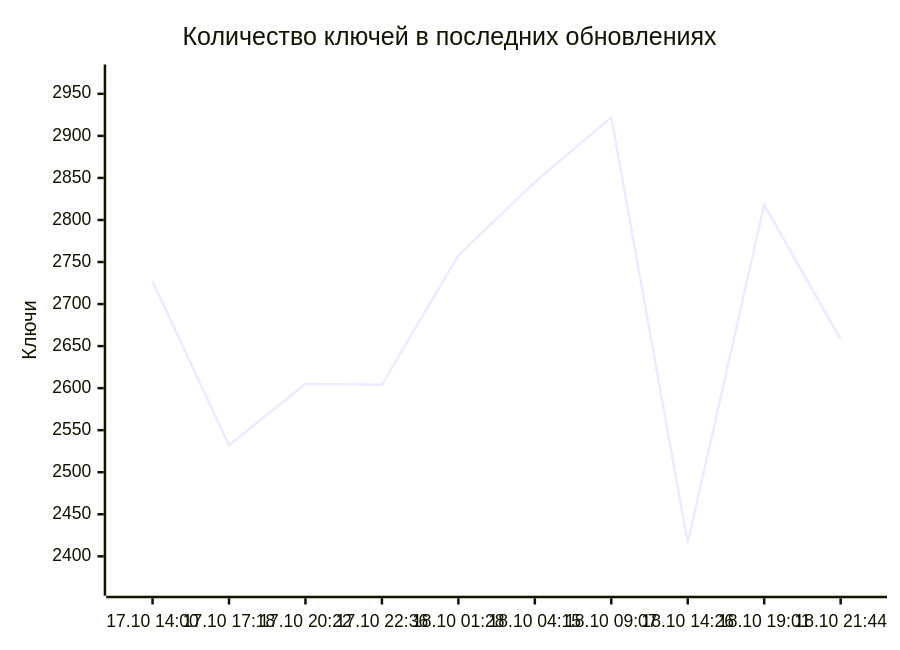
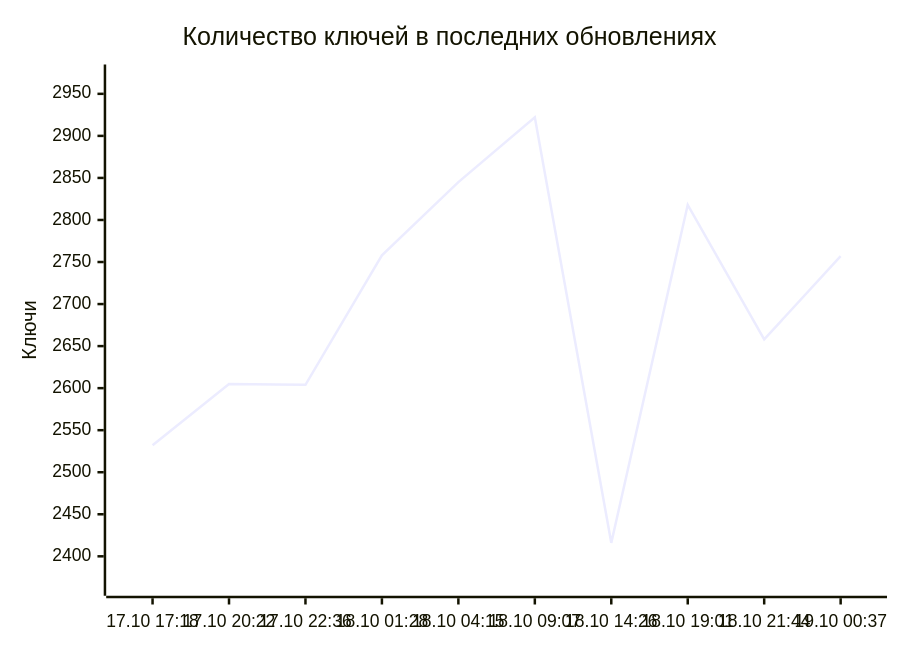
Before and after one commit to markKikhtenko/WireVeil: the diagram in README.md, drawn with Mermaid. The commit also changed other lines of this file and 12 other files, not shown here.

````diff
--- a/README.md
+++ b/README.md
@@ -55,7 +55,7 @@
 ```mermaid
 xychart-beta
     title "Количество ключей в последних обновлениях"
-    x-axis ["17.10 14:00", "17.10 17:18", "17.10 20:22", "17.10 22:36", "18.10 01:28", "18.10 04:15", "18.10 09:07", "18.10 14:26", "18.10 19:01", "18.10 21:44"]
+    x-axis ["17.10 17:18", "17.10 20:22", "17.10 22:36", "18.10 01:28", "18.10 04:15", "18.10 09:07", "18.10 14:26", "18.10 19:01", "18.10 21:44", "19.10 00:37"]
     y-axis "Ключи" 2365 --> 2973
-    line [2727, 2532, 2605, 2604, 2758, 2845, 2922, 2416, 2818, 2658]
+    line [2532, 2605, 2604, 2758, 2845, 2922, 2416, 2818, 2658, 2757]
 ```
````
